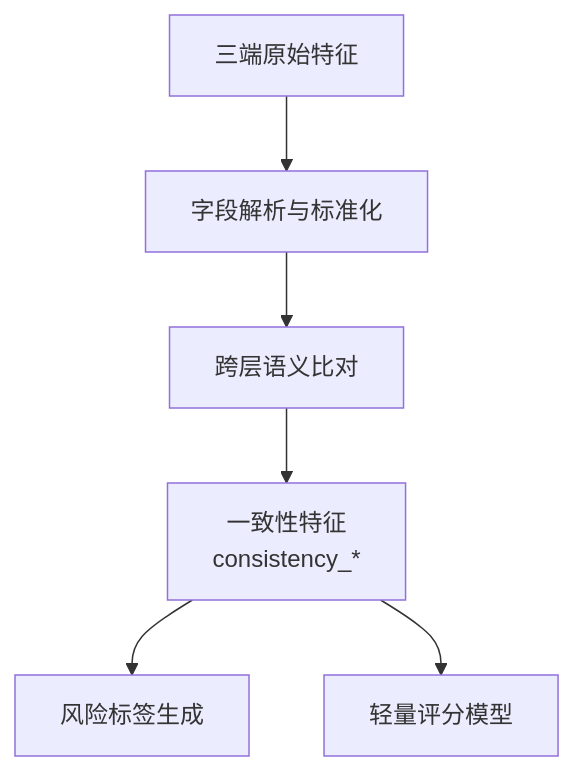
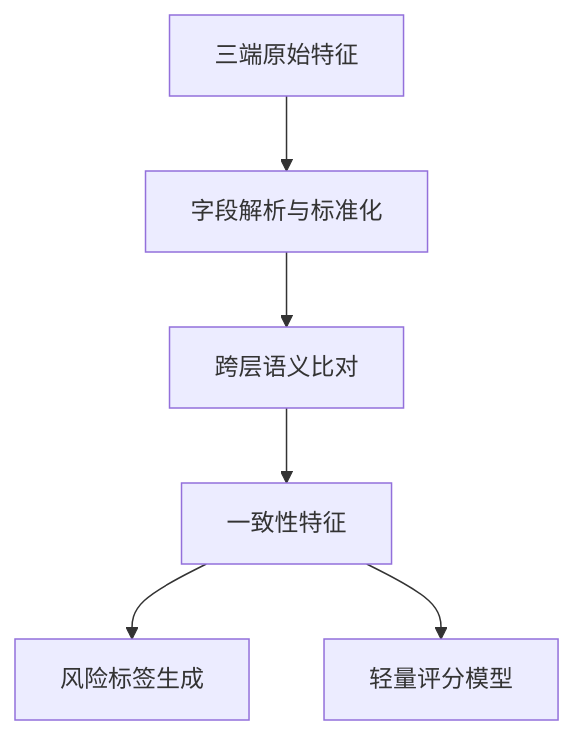
One commit to Xavi-L/RBA-Cross-Device-Fingerprint changed the fourth of 4 diagrams in thesis_materials/chapter2_system_design.md. Above: the diagram before and after it, drawn with Mermaid. The commit also changed other lines of this file and 13 other files, not shown here.

````diff
--- a/thesis_materials/chapter2_system_design.md
+++ b/thesis_materials/chapter2_system_design.md
@@ -173,13 +173,13 @@
 ```mermaid
 flowchart TB
     RAW["三端原始特征"]
     PARSE["字段解析与标准化"]
     CHECK["跨层语义比对"]
-    CONS["一致性特征\nconsistency_*"]
+    CONS["一致性特征"]
     LABEL["风险标签生成"]
     MODEL["轻量评分模型"]
 
     RAW --> PARSE --> CHECK --> CONS
     CONS --> LABEL
     CONS --> MODEL
 ```
````
